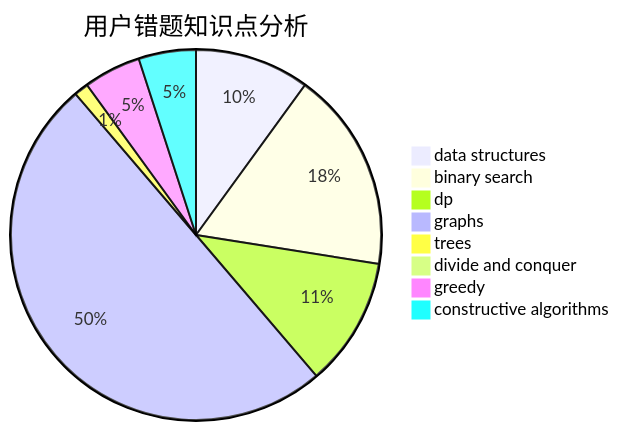
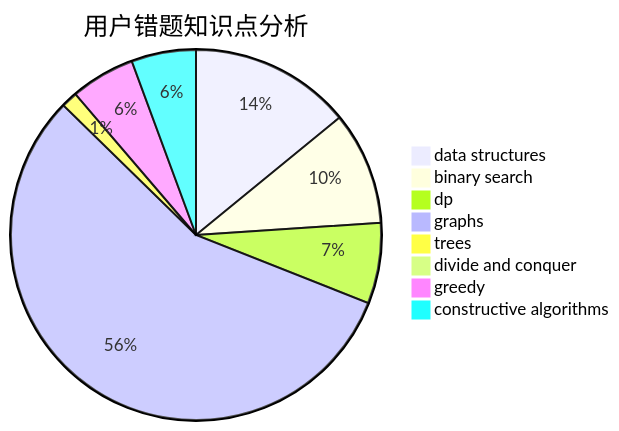
Before and after one commit to sherpahu/cfrs.github.io: the third of 3 diagrams in docs/user/u517.md, drawn with Mermaid. The commit also changed other lines of this file and 2770 other files, not shown here.

````diff
--- a/docs/user/u517.md
+++ b/docs/user/u517.md
@@ -36,11 +36,11 @@
 ```mermaid
 pie title 用户错题知识点分析
-    "data structures" :  8
+    "data structures" :  20
     "binary search" :  14
-    "dp" :  9
-    "graphs" :  40
-    "trees" :  1
+    "dp" :  10
+    "graphs" :  80
+    "trees" :  2
     "divide and conquer" :  0
-    "greedy" :  4
-    "constructive algorithms" :  4
+    "greedy" :  8
+    "constructive algorithms" :  8
 ```
````
